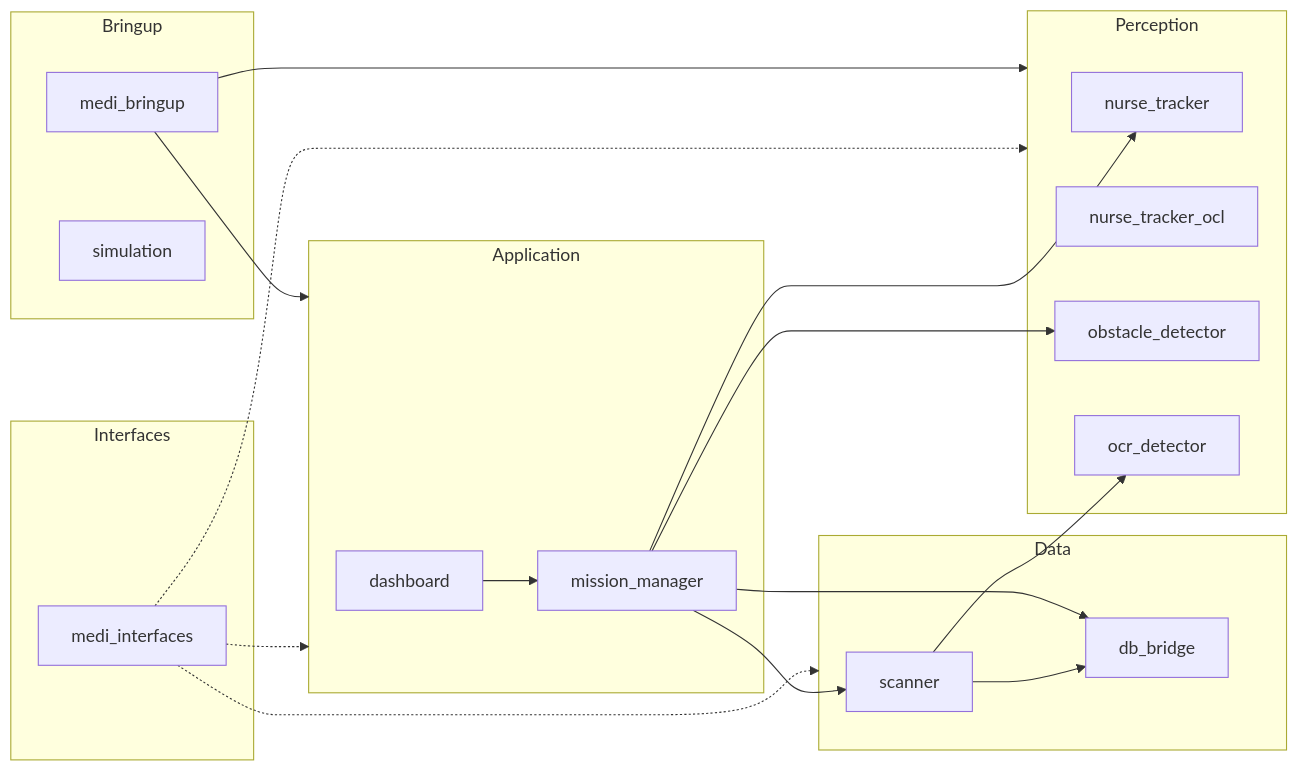
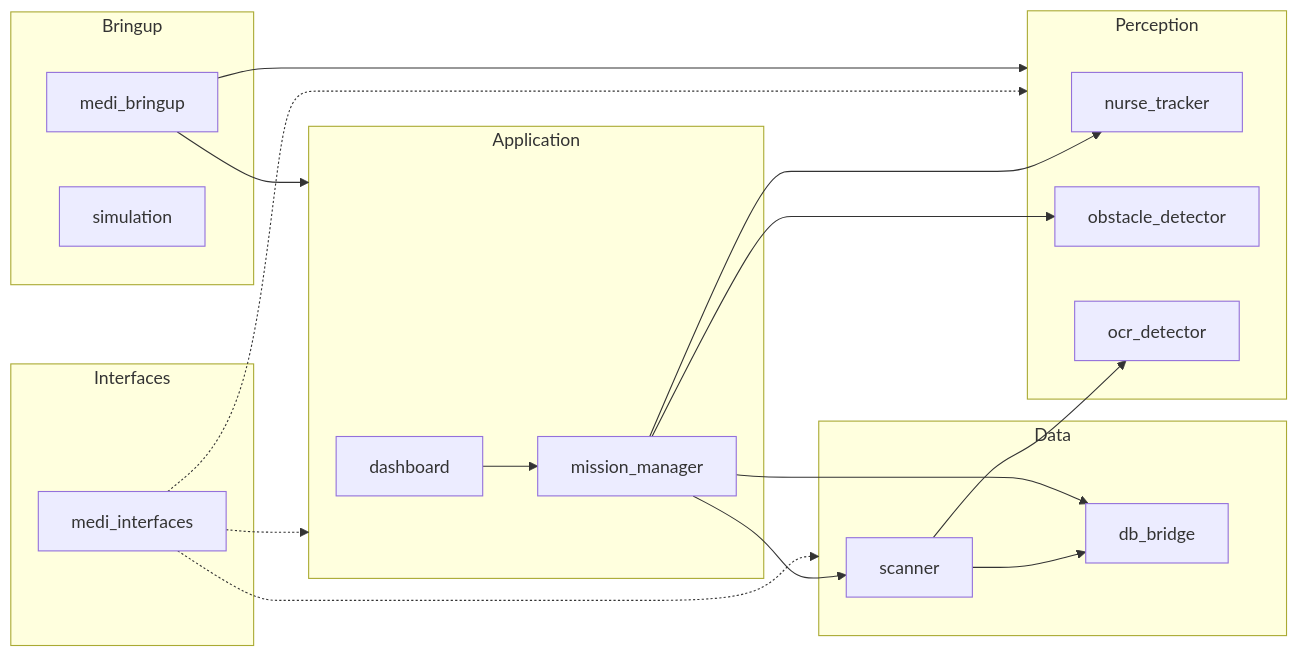
The first of 3 diagrams in docs/architecture/02_ros2_packages.md (yevettee/MediCart), drawn with Mermaid before and after one commit. The commit also changed other lines of this file and 18 other files, not shown here.

Commit message:
중복 패키지 제거(nurse_tracker_ocl)

````diff
--- a/docs/architecture/02_ros2_packages.md
+++ b/docs/architecture/02_ros2_packages.md
@@ -9,37 +9,36 @@
 ```mermaid
 flowchart LR
     subgraph apps [Application]
         dash[dashboard]
         mm[mission_manager]
     end
     subgraph perception [Perception]
         nt[nurse_tracker]
-        ntocl[nurse_tracker_ocl]
         od[obstacle_detector]
         ocr[ocr_detector]
     end
     subgraph data [Data]
         sc[scanner]
         db[db_bridge]
     end
     subgraph ifaces [Interfaces]
         mi[medi_interfaces]
     end
     subgraph bringup [Bringup]
         mb[medi_bringup]
         sim[simulation]
     end
 
     dash --> mm
     mm --> nt
     mm --> od
     mm --> sc
     sc --> ocr
     sc --> db
     mm --> db
     mi -.-> apps
     mi -.-> perception
     mi -.-> data
     mb --> apps
     mb --> perception
 ```
````
